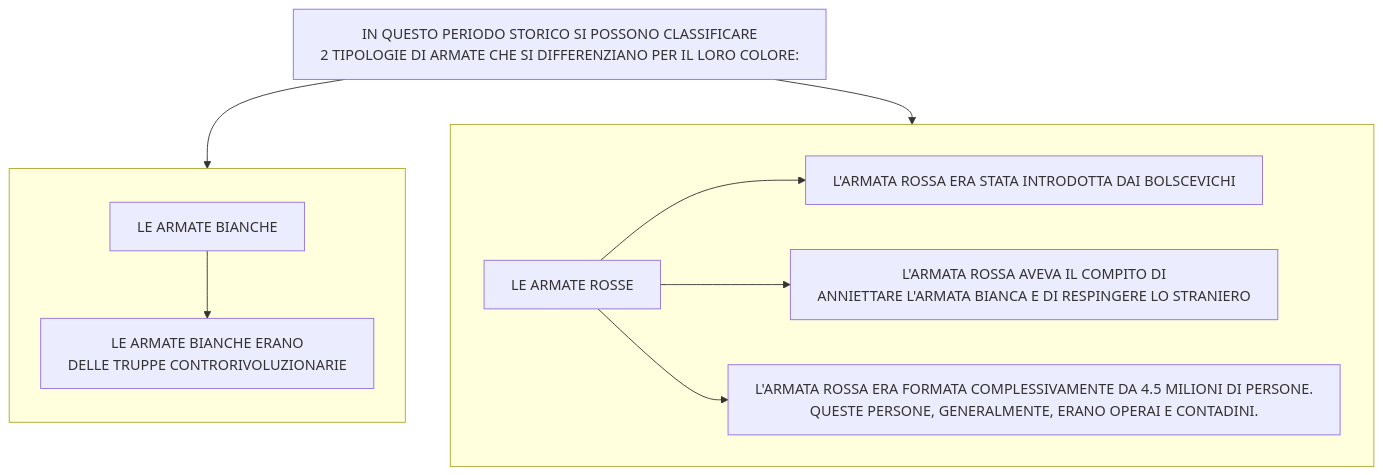
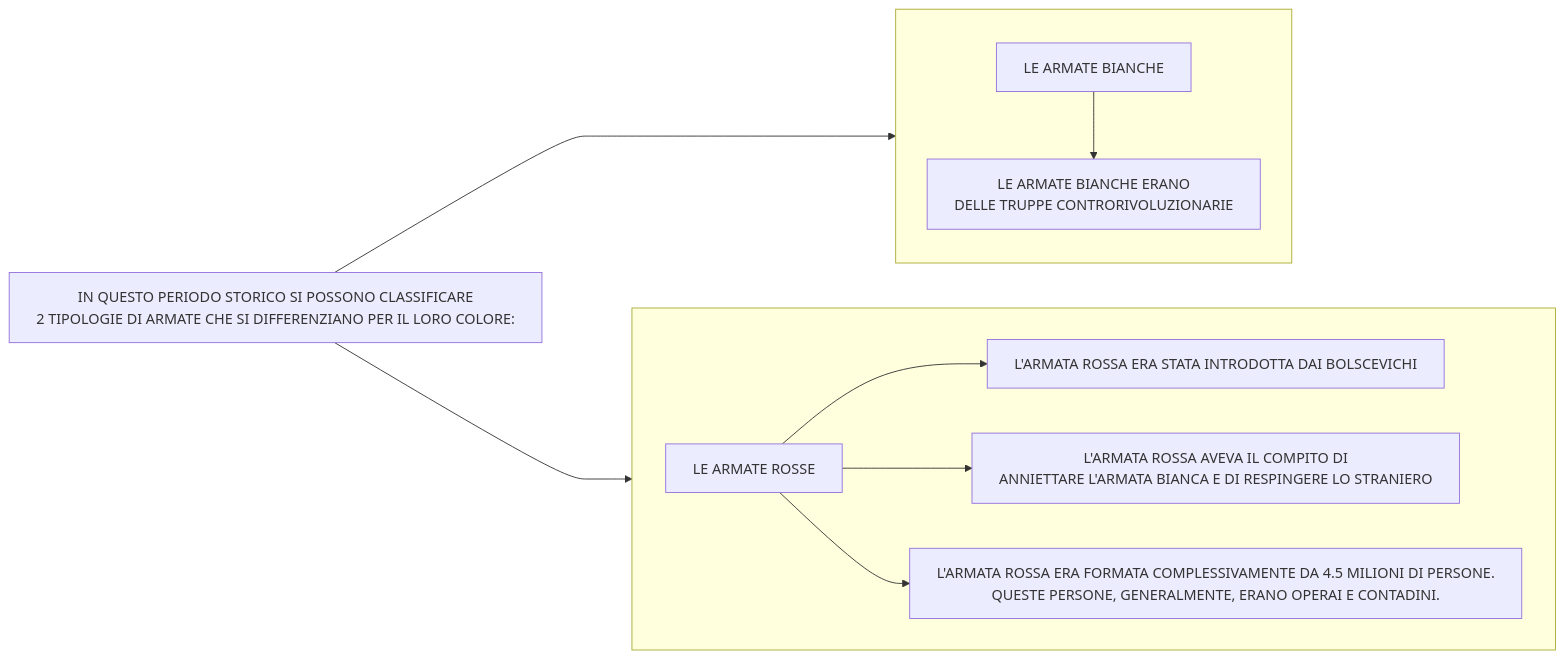
The sixth of 22 diagrams in stalinismoRiscrittura.md (Laaouatni/ricerca-storia-MermaidJS), drawn with Mermaid before and after one commit.

````diff
--- a/stalinismoRiscrittura.md
+++ b/stalinismoRiscrittura.md
@@ -98,19 +98,20 @@
 ```mermaid
 %%{init: { "flowchart": { "wrappingWidth": 700 } }}%%
-flowchart TB
+flowchart LR
   0[IN QUESTO PERIODO STORICO SI POSSONO CLASSIFICARE <br>2 TIPOLOGIE DI ARMATE CHE SI DIFFERENZIANO PER IL LORO COLORE:]
   subgraph 1[" "]
     direction TB;
     10[LE ARMATE BIANCHE]
     100[LE ARMATE BIANCHE ERANO <br>DELLE TRUPPE CONTRORIVOLUZIONARIE]
     10 --> 100
   end
   subgraph 2[" "]
+    direction LR;
     11[LE ARMATE ROSSE]
     110[L'ARMATA ROSSA ERA STATA INTRODOTTA DAI BOLSCEVICHI]
     111[L'ARMATA ROSSA AVEVA IL COMPITO DI <br>ANNIETTARE L'ARMATA BIANCA E DI RESPINGERE LO STRANIERO]
     112[L'ARMATA ROSSA ERA FORMATA COMPLESSIVAMENTE DA 4.5 MILIONI DI PERSONE. <br> QUESTE PERSONE, GENERALMENTE, ERANO OPERAI E CONTADINI.]
     11 --> 110 & 111 & 112
   end
-  0 --> 1 & 2
+  0 ---> 1 & 11
 ```
````
